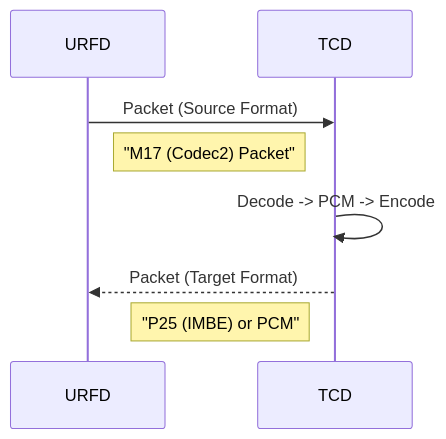
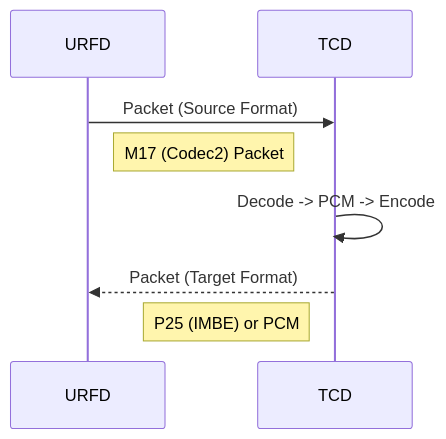
Before and after one commit to dbehnke/urfd-docker: the diagram in docs/diagrams/diagram_transcoding.mmd, drawn with Mermaid. The commit also changed 7 other files, not shown here.

Commit message:
docs: fix mermaid syntax (replace invalid Note in flowchart) and refresh PDF images

```diff
--- a/docs/diagrams/diagram_transcoding.mmd
+++ b/docs/diagrams/diagram_transcoding.mmd
@@ -1,9 +1,9 @@
 sequenceDiagram
     participant URFD
     participant TCD
     
     URFD->>TCD: Packet (Source Format)
-    Note right of URFD: "M17 (Codec2) Packet"
+    Note right of URFD: M17 (Codec2) Packet
     TCD->>TCD: Decode -> PCM -> Encode
     TCD-->>URFD: Packet (Target Format)
-    Note left of TCD: "P25 (IMBE) or PCM"
+    Note left of TCD: P25 (IMBE) or PCM
```
